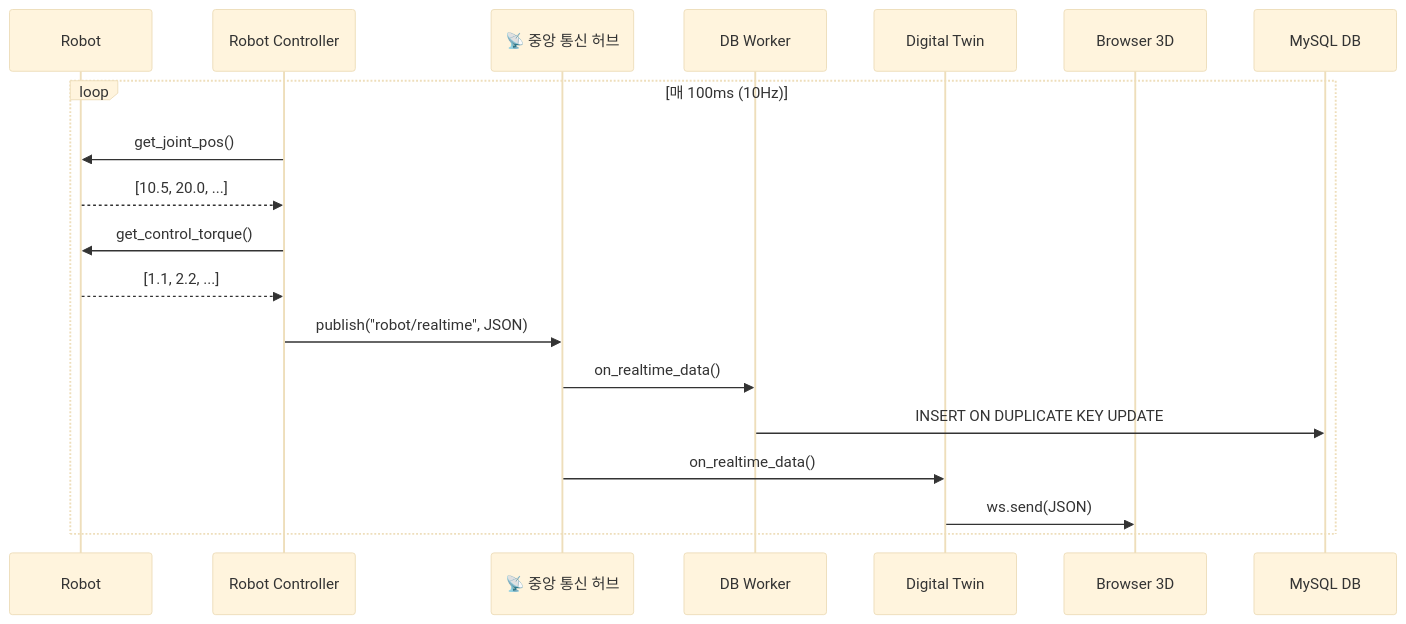
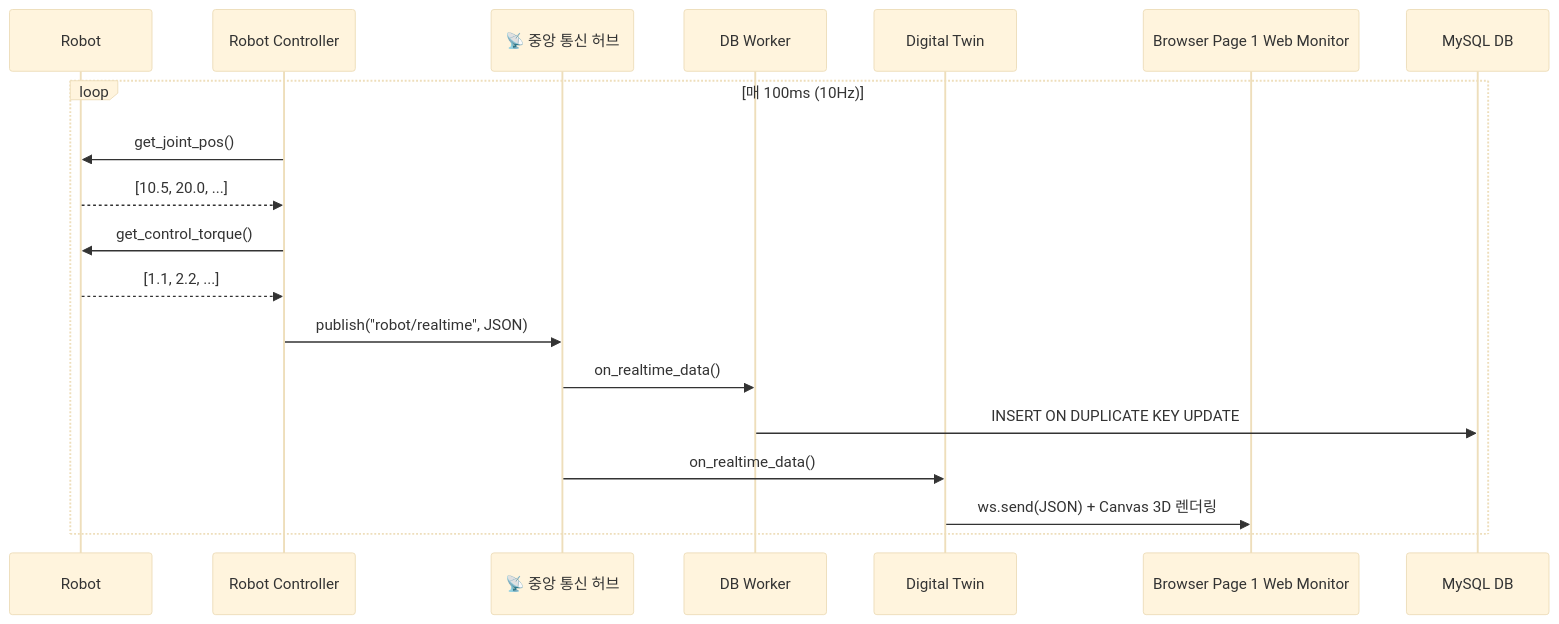
One commit to HeungJAELEE/Busan_Robot changed the second of 5 diagrams in backend/README.md. Above: the diagram before and after it, drawn with Mermaid (base theme). The commit also changed other lines of this file and 24 other files, not shown here.

Commit message:
feat: add operator web monitor and focused recording

````diff
--- a/backend/README.md
+++ b/backend/README.md
@@ -155,24 +161,24 @@
 ```mermaid
 sequenceDiagram
     participant Robot
     participant RC as Robot Controller
     participant B as 📡 중앙 통신 허브
     participant DW as DB Worker
     participant DT as Digital Twin
-    participant Web as Browser 3D
+    participant Web as Browser Page 1 Web Monitor
 
     loop 매 100ms (10Hz)
         RC->>Robot: get_joint_pos()
         Robot-->>RC: [10.5, 20.0, ...]
         RC->>Robot: get_control_torque()
         Robot-->>RC: [1.1, 2.2, ...]
         
         RC->>B: publish("robot/realtime", JSON)
         
         B->>DW: on_realtime_data()
         DW->>MySQL DB: INSERT ON DUPLICATE KEY UPDATE
         
         B->>DT: on_realtime_data()
-        DT->>Web: ws.send(JSON)
+        DT->>Web: ws.send(JSON) + Canvas 3D 렌더링
     end
 ```
````
